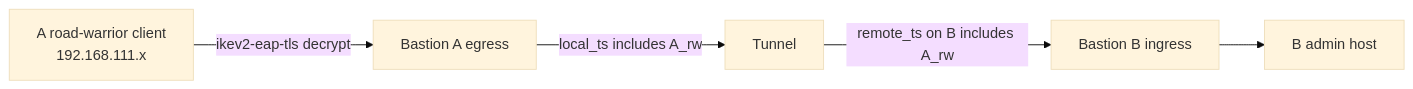
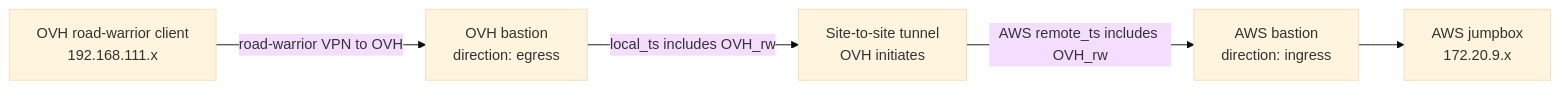
Before and after one commit to novassist-ai/mycs-node: the tenth of 10 diagrams in image/docs/vpn-gateway-design.md, drawn with Mermaid (base theme). The commit also changed other lines of this file, not shown here.

````diff
--- a/image/docs/vpn-gateway-design.md
+++ b/image/docs/vpn-gateway-design.md
@@ -425,13 +487,13 @@
 ```mermaid
 flowchart LR
-  RW[A road-warrior client<br/>192.168.111.x]
-  A[Bastion A egress]
-  T[Tunnel]
-  B[Bastion B ingress]
-  J[B admin host]
+  RW[OVH road-warrior client<br/>192.168.111.x]
+  OVH[OVH bastion<br/>direction: egress]
+  T[Site-to-site tunnel<br/>OVH initiates]
+  AWS[AWS bastion<br/>direction: ingress]
+  J[AWS jumpbox<br/>172.20.9.x]
 
-  RW -->|ikev2-eap-tls decrypt| A
-  A -->|local_ts includes A_rw| T
-  T -->|remote_ts on B includes A_rw| B
-  B --> J
+  RW -->|road-warrior VPN to OVH| OVH
+  OVH -->|local_ts includes OVH_rw| T
+  T -->|AWS remote_ts includes OVH_rw| AWS
+  AWS --> J
 ```
````
